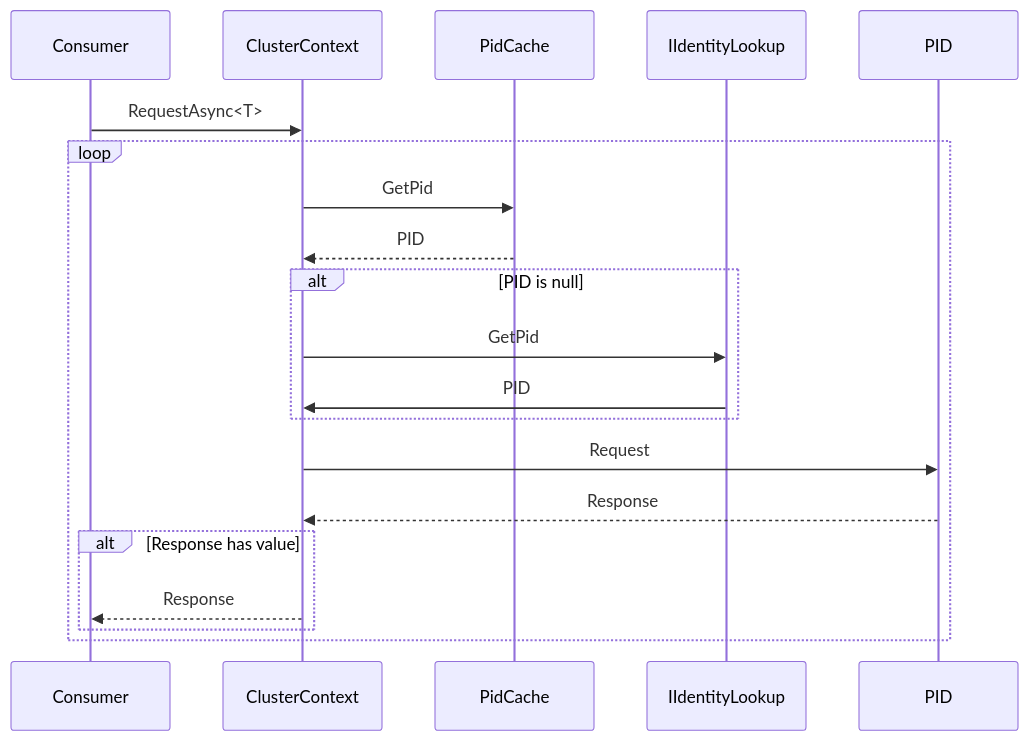
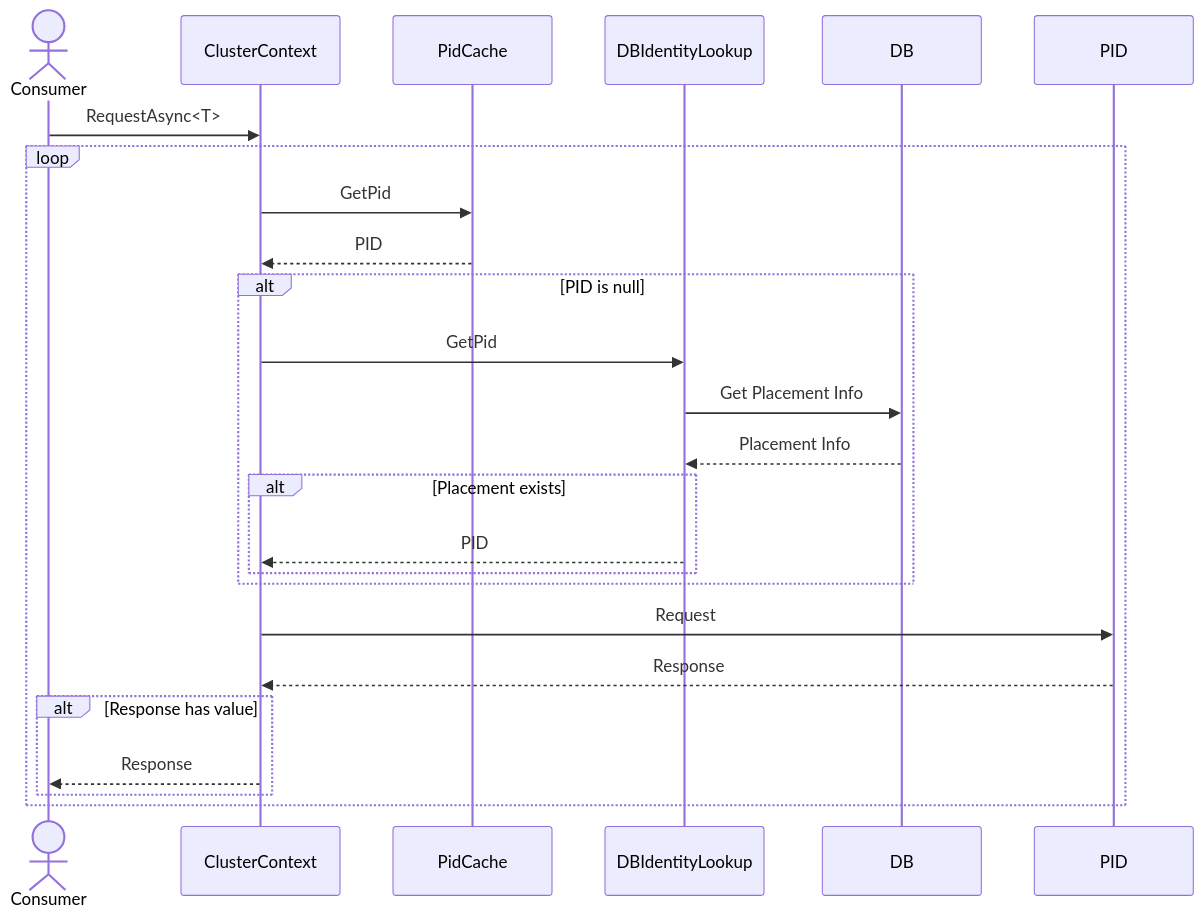
The diagram in hugo/content/docs/cluster/db-identity-lookup.md (asynkron/protoactor-website), drawn with Mermaid before and after one commit. The commit also changed 1 other file, not shown here.

````diff
--- a/hugo/content/docs/cluster/db-identity-lookup.md
+++ b/hugo/content/docs/cluster/db-identity-lookup.md
@@ -12,21 +12,28 @@
 ```mermaid
 sequenceDiagram
 
-    participant Consumer
+    actor Consumer
     participant ClusterContext
+    participant PidCache
+    participant DBIdentityLookup
+    participant DB
 
     Consumer->>ClusterContext: RequestAsync<T>
     loop
         ClusterContext->>PidCache: GetPid
         PidCache-->>ClusterContext: PID
         alt PID is null
-            ClusterContext->>IIdentityLookup: GetPid
-            IIdentityLookup->>ClusterContext: PID
+            ClusterContext->>DBIdentityLookup: GetPid
+            DBIdentityLookup->>DB: Get Placement Info
+            DB-->>DBIdentityLookup: Placement Info
+            alt Placement exists
+                DBIdentityLookup-->>ClusterContext: PID
+            end
         end
         ClusterContext->>PID: Request
         PID-->>ClusterContext: Response
         alt Response has value
             ClusterContext-->>Consumer: Response
         end
     end
 ```
````
